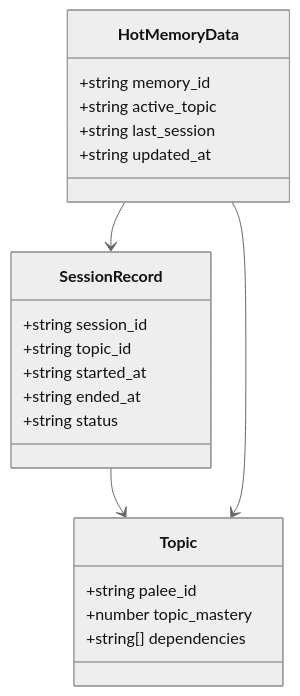
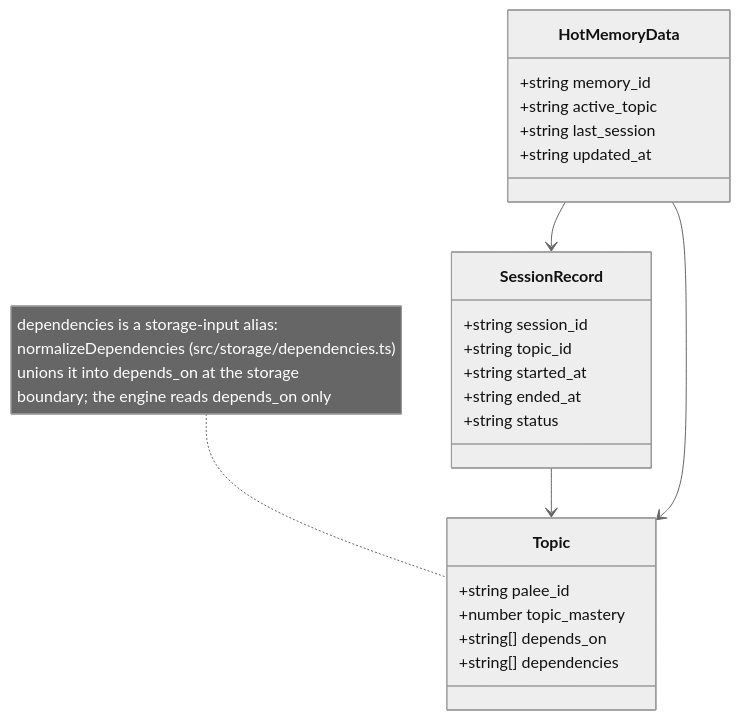
Before and after one commit to Kuldeep2822k/cli: the third of 3 diagrams in docs/09-glossary.md, drawn with Mermaid (neutral theme). The commit also changed 5 other files, not shown here.

````diff
--- a/docs/09-glossary.md
+++ b/docs/09-glossary.md
@@ -145,24 +145,26 @@
 ```mermaid
 classDiagram
     class HotMemoryData {
         +string memory_id
         +string active_topic
         +string last_session
         +string updated_at
     }
     class SessionRecord {
         +string session_id
         +string topic_id
         +string started_at
         +string ended_at
         +string status
     }
     class Topic {
         +string palee_id
         +number topic_mastery
+        +string[] depends_on
         +string[] dependencies
     }
+    note for Topic "dependencies is a storage-input alias:<br/>normalizeDependencies (src/storage/dependencies.ts)<br/>unions it into depends_on at the storage<br/>boundary; the engine reads depends_on only"
     HotMemoryData --> SessionRecord
     SessionRecord --> Topic
     HotMemoryData --> Topic
 ```
````
